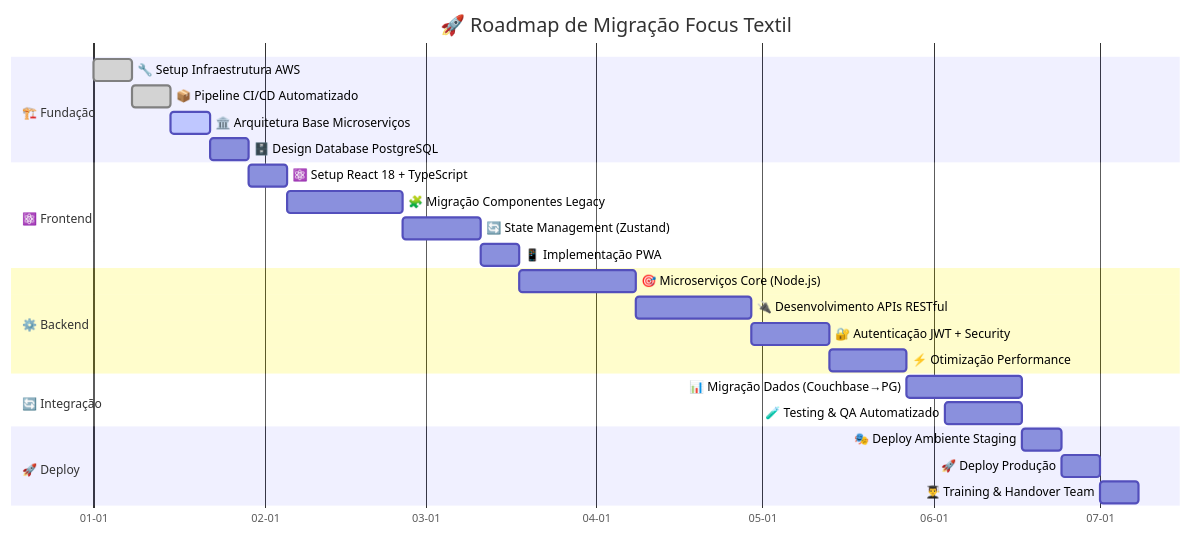
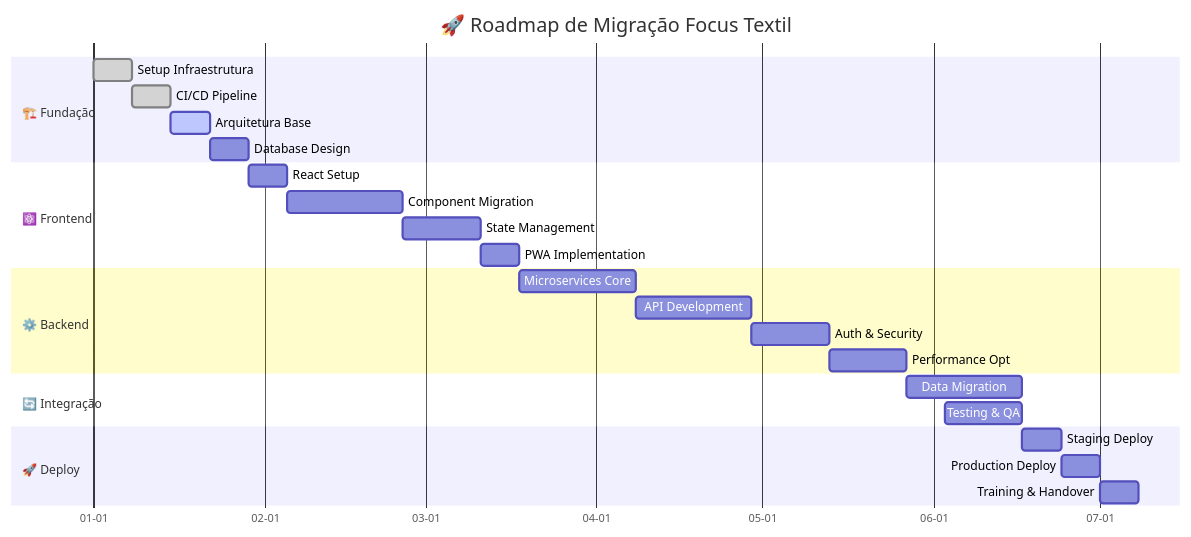
Before and after one commit to EduPereiraAlest/FocusTextil: the fourth of 4 diagrams in README.md, drawn with Mermaid.

Commit message:
fix: Encurtar nomes das tarefas no roadmap Gantt para melhor visualização
- Simplificar nomes das tarefas para caber nos retângulos
- Remover emojis individuais mantendo apenas nos títulos de seção
- Garantir legibilidade perfeita do cronograma
- Manter informação essencial de cada fase

````diff
--- a/README.md
+++ b/README.md
@@ -280,33 +280,33 @@
 ```mermaid
 gantt
     title 🚀 Roadmap de Migração Focus Textil
     dateFormat YYYY-MM-DD
     axisFormat %m-%d
 
     section 🏗️ Fundação
-    🔧 Setup Infraestrutura AWS         :done, infra, 2024-01-01, 7d
-    📦 Pipeline CI/CD Automatizado      :done, cicd, 2024-01-08, 7d
-    🏛️ Arquitetura Base Microserviços  :active, arch, 2024-01-15, 7d
-    🗄️ Design Database PostgreSQL      :db, 2024-01-22, 7d
+    Setup Infraestrutura    :done, infra, 2024-01-01, 7d
+    CI/CD Pipeline          :done, cicd, 2024-01-08, 7d
+    Arquitetura Base        :active, arch, 2024-01-15, 7d
+    Database Design         :db, 2024-01-22, 7d
 
     section ⚛️ Frontend
-    ⚛️ Setup React 18 + TypeScript     :react, 2024-01-29, 7d
-    🧩 Migração Componentes Legacy     :comp, 2024-02-05, 21d
-    🔄 State Management (Zustand)      :state, 2024-02-26, 14d
-    📱 Implementação PWA               :pwa, 2024-03-11, 7d
+    React Setup             :react, 2024-01-29, 7d
+    Component Migration     :comp, 2024-02-05, 21d
+    State Management        :state, 2024-02-26, 14d
+    PWA Implementation      :pwa, 2024-03-11, 7d
 
     section ⚙️ Backend
-    🎯 Microserviços Core (Node.js)    :micro, 2024-03-18, 21d
-    🔌 Desenvolvimento APIs RESTful    :api, 2024-04-08, 21d
-    🔐 Autenticação JWT + Security     :auth, 2024-04-29, 14d
-    ⚡ Otimização Performance         :perf, 2024-05-13, 14d
+    Microservices Core      :micro, 2024-03-18, 21d
+    API Development         :api, 2024-04-08, 21d
+    Auth & Security         :auth, 2024-04-29, 14d
+    Performance Opt         :perf, 2024-05-13, 14d
 
     section 🔄 Integração
-    📊 Migração Dados (Couchbase→PG)  :data, 2024-05-27, 21d
-    🧪 Testing & QA Automatizado      :test, 2024-06-03, 14d
+    Data Migration          :data, 2024-05-27, 21d
+    Testing & QA            :test, 2024-06-03, 14d
 
     section 🚀 Deploy
-    🎭 Deploy Ambiente Staging         :staging, 2024-06-17, 7d
-    🚀 Deploy Produção                 :prod, 2024-06-24, 7d
-    👨‍🎓 Training & Handover Team       :training, 2024-07-01, 7d
+    Staging Deploy          :staging, 2024-06-17, 7d
+    Production Deploy       :prod, 2024-06-24, 7d
+    Training & Handover     :training, 2024-07-01, 7d
 ```
````
